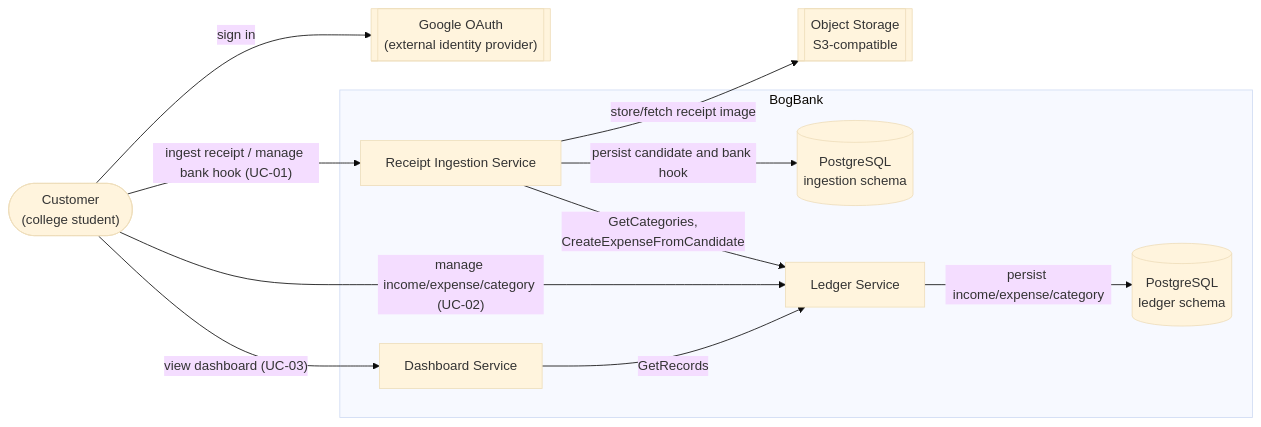
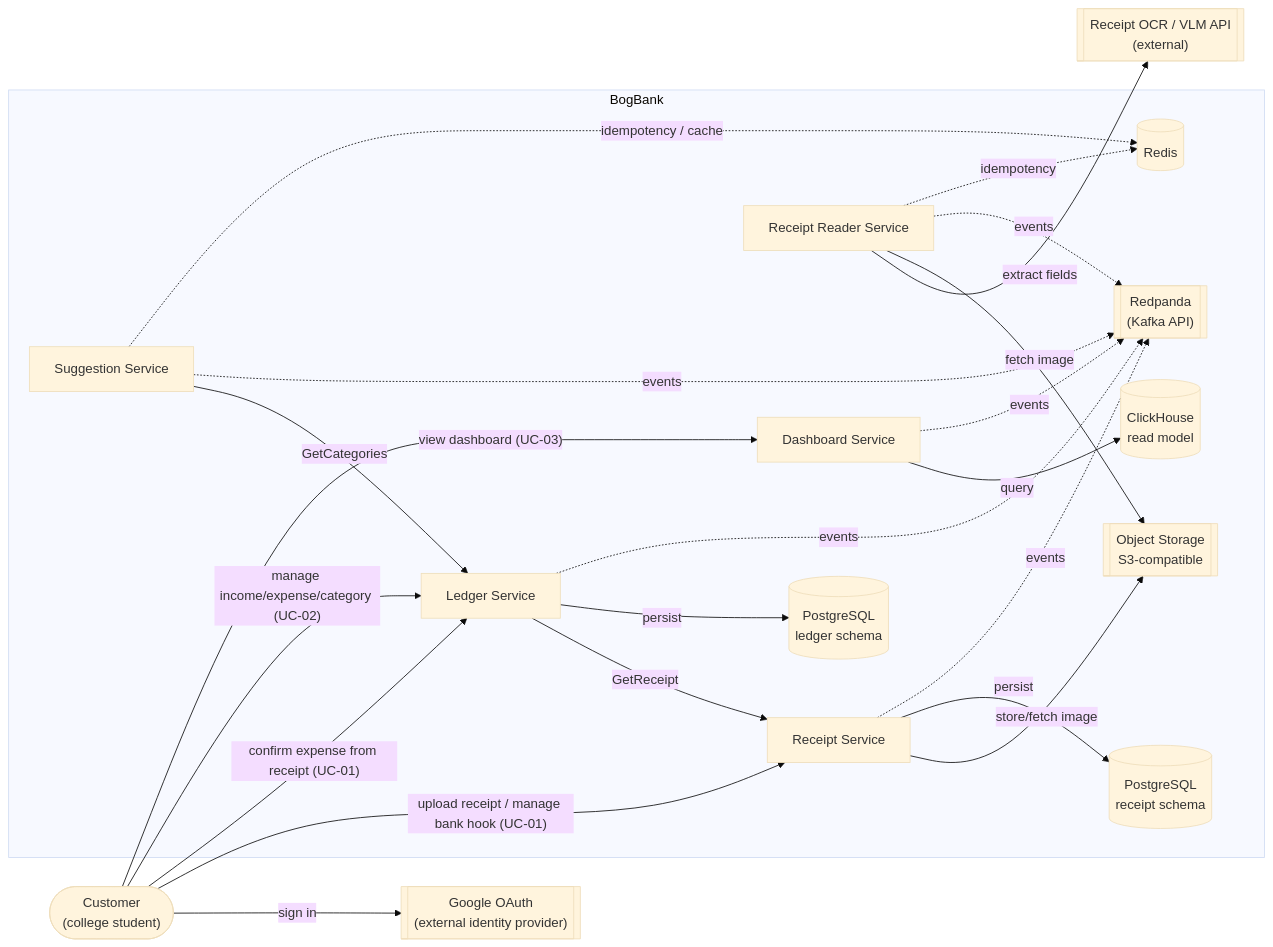
One commit to moomaideng/bogbank changed the diagram in docs/arch/microservices-design/architecture-diagram.md. Above: the diagram before and after it, drawn with Mermaid (base theme). The commit also changed other lines of this file and 1 other file, not shown here.

Commit message:
docs: revise overview for async receipt pipeline

````diff
--- a/docs/arch/microservices-design/architecture-diagram.md
+++ b/docs/arch/microservices-design/architecture-diagram.md
@@ -5,25 +6,44 @@
 ```mermaid
 flowchart LR
     Customer(["Customer\n(college student)"])
     GoogleOAuth[["Google OAuth\n(external identity provider)"]]
-    ObjectStorage[["Object Storage\nS3-compatible"]]
+    VlmApi[["Receipt OCR / VLM API\n(external)"]]
 
     subgraph System["BogBank"]
-        Ingestion["Receipt Ingestion Service"]
+        Receipt["Receipt Service"]
+        Reader["Receipt Reader Service"]
+        Suggest["Suggestion Service"]
         Ledger["Ledger Service"]
         Dashboard["Dashboard Service"]
-        IngestionDB[("PostgreSQL\ningestion schema")]
+
+        Bus[["Redpanda\n(Kafka API)"]]
+        Redis[("Redis")]
+        ObjectStorage[["Object Storage\nS3-compatible"]]
+        ReceiptDB[("PostgreSQL\nreceipt schema")]
         LedgerDB[("PostgreSQL\nledger schema")]
+        DashboardDB[("ClickHouse\nread model")]
     end
 
     Customer -- "sign in" --> GoogleOAuth
-    Customer -- "ingest receipt / manage bank hook (UC-01)" --> Ingestion
+    Customer -- "upload receipt / manage bank hook (UC-01)" --> Receipt
+    Customer -- "confirm expense from receipt (UC-01)" --> Ledger
     Customer -- "manage income/expense/category (UC-02)" --> Ledger
     Customer -- "view dashboard (UC-03)" --> Dashboard
 
-    Ingestion -- "store/fetch receipt image" --> ObjectStorage
-    Ingestion -- "persist candidate and bank hook" --> IngestionDB
-    Ingestion -- "GetCategories,\nCreateExpenseFromCandidate" --> Ledger
-    Dashboard -- "GetRecords" --> Ledger
-    Ledger -- "persist income/expense/category" --> LedgerDB
+    Receipt -- "store/fetch image" --> ObjectStorage
+    Receipt -- "persist" --> ReceiptDB
+    Ledger -- "GetReceipt" --> Receipt
+    Ledger -- "persist" --> LedgerDB
+    Suggest -- "GetCategories" --> Ledger
+    Reader -- "extract fields" --> VlmApi
+    Reader -- "fetch image" --> ObjectStorage
+    Dashboard -- "query" --> DashboardDB
+
+    Receipt -. "events" .-> Bus
+    Reader -. "events" .-> Bus
+    Suggest -. "events" .-> Bus
+    Ledger -. "events" .-> Bus
+    Dashboard -. "events" .-> Bus
+    Reader -. "idempotency" .-> Redis
+    Suggest -. "idempotency / cache" .-> Redis
 ```
````
